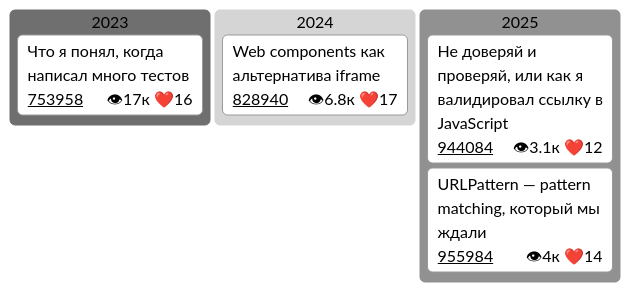
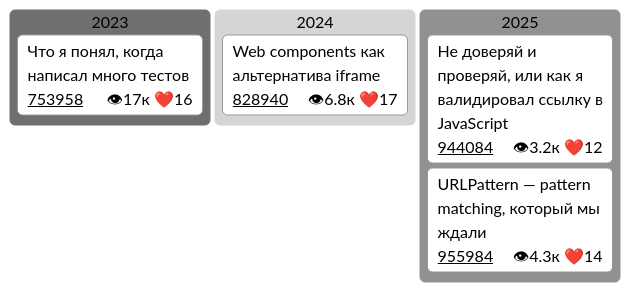
Before and after one commit to Goodzonchik/Goodzonchik: the fourth of 4 diagrams in README.md, drawn with Mermaid (neutral theme).

````diff
--- a/README.md
+++ b/README.md
@@ -51,28 +51,28 @@
 ```mermaid
 ---
 config:
   kanban:
     ticketBaseUrl: 'https://habr.com/ru/companies/tbank/articles/#TICKET#'
 
 ---
 kanban
   2023
     card1["Что я понял, когда написал много тестов"]@{
       ticket: 753958
       assigned: 👁17к ❤️16
     }
   2024
     card2["Web components как альтернатива iframe"]@{
       ticket: 828940
       assigned: 👁6.8к ❤️17
     }
   2025
     card3["Не доверяй и проверяй, или как я валидировал ссылку в JavaScript"]@{
       ticket: 944084
-      assigned: 👁3.1к ❤️12
+      assigned: 👁3.2к ❤️12
     }
    card4["URLPattern — pattern matching, который мы ждали"]@{
       ticket: 955984
-      assigned: 👁4к ❤️14
+      assigned: 👁4.3к ❤️14
     }
 ```
````
